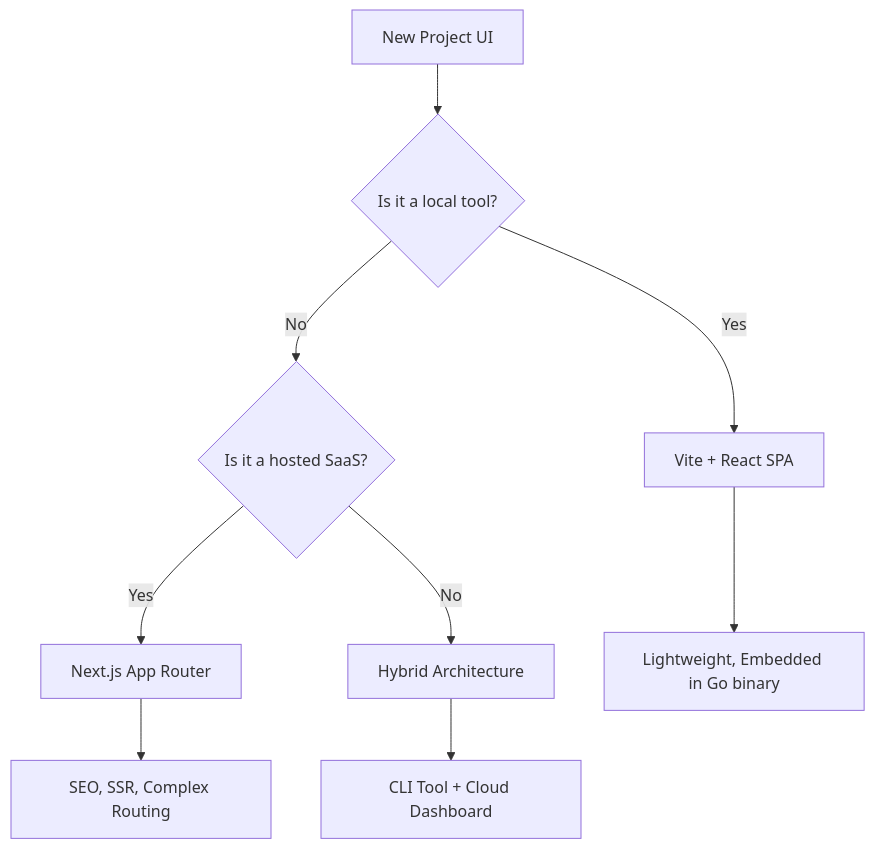
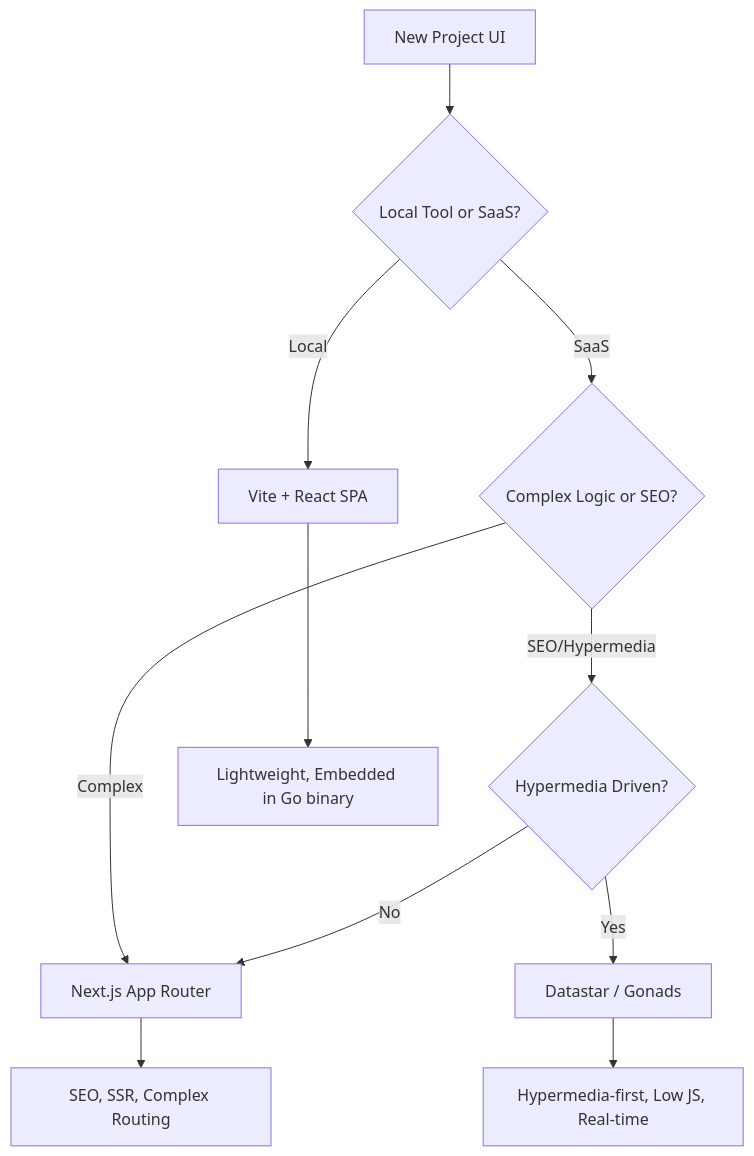
Before and after one commit to GeoffMillerAZ/kit--new: the diagram in STACK.md, drawn with Mermaid. The commit also changed other lines of this file and 1 other file, not shown here.

Commit message:
docs: add Datastar, Gonads, Event Sourcing, and CQRS to kit standards

````diff
--- a/STACK.md
+++ b/STACK.md
@@ -23,12 +23,14 @@
 ```mermaid
 graph TD
-    Start[New Project UI] --> Q1{Is it a local tool?}
-    Q1 -- Yes --> Vite[Vite + React SPA]
-    Q1 -- No --> Q2{Is it a hosted SaaS?}
-    Q2 -- Yes --> Next[Next.js App Router]
-    Q2 -- No --> Hybrid[Hybrid Architecture]
+    Start[New Project UI] --> Q1{Local Tool or SaaS?}
+    Q1 -- Local --> Vite[Vite + React SPA]
+    Q1 -- SaaS --> Q2{Complex Logic or SEO?}
+    Q2 -- Complex --> Next[Next.js App Router]
+    Q2 -- SEO/Hypermedia --> Q3{Hypermedia Driven?}
+    Q3 -- Yes --> Datastar[Datastar / Gonads]
+    Q3 -- No --> Next
     
     Vite --> ViteNote[Lightweight, Embedded in Go binary]
     Next --> NextNote[SEO, SSR, Complex Routing]
-    Hybrid --> HybridNote[CLI Tool + Cloud Dashboard]
+    Datastar --> DSNote[Hypermedia-first, Low JS, Real-time]
 ```
````
